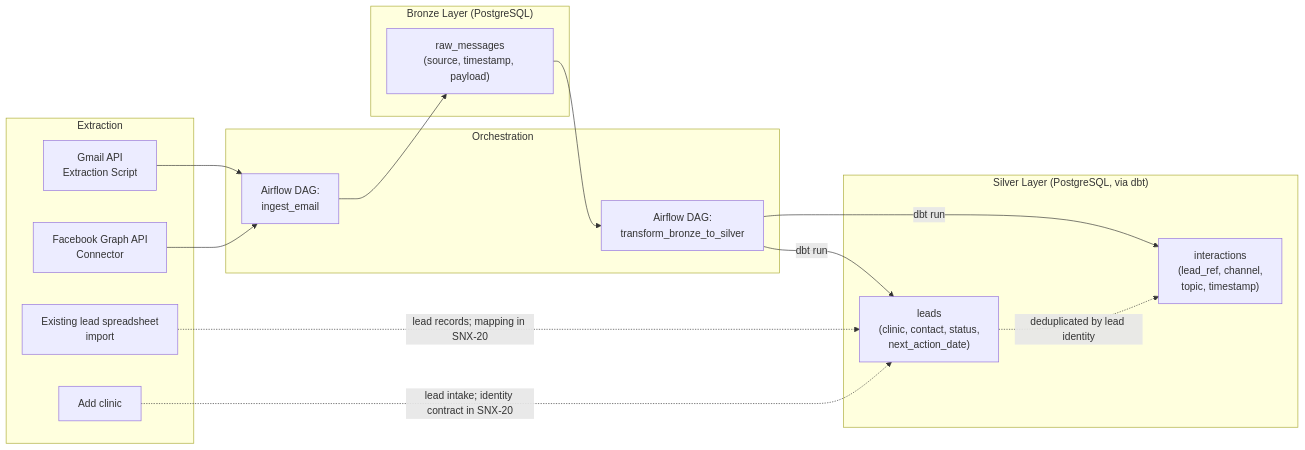
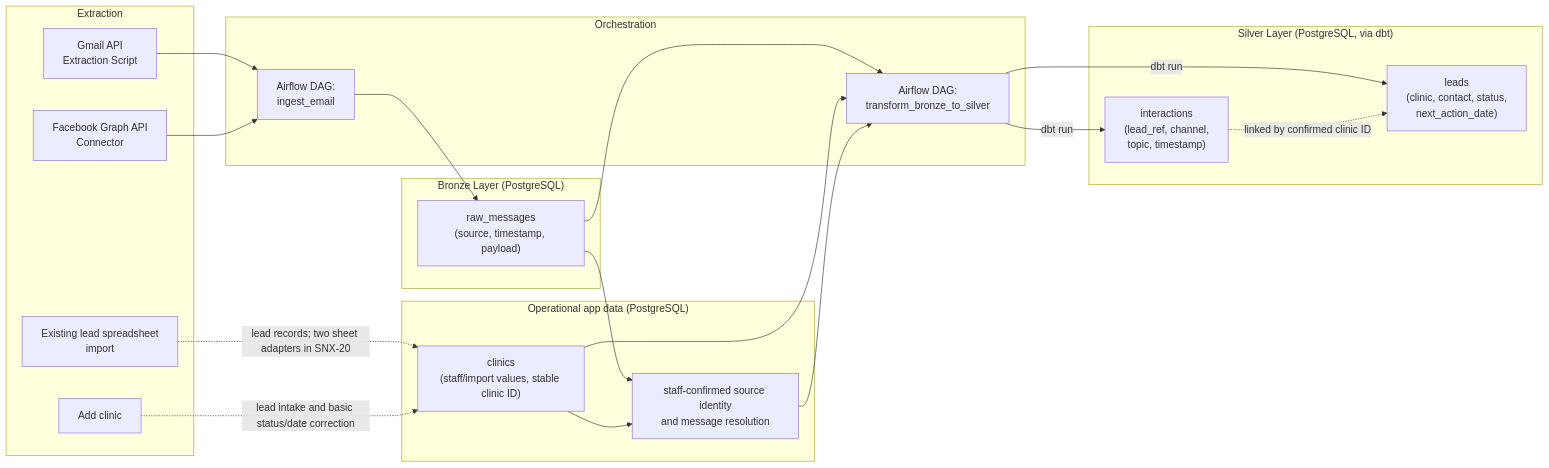
The third of 4 diagrams in docs/architecture.md (CMSC128-NexusWorks/SolNexus), drawn with Mermaid before and after one commit. The commit also changed other lines of this file and 5 other files, not shown here.

````diff
--- a/docs/architecture.md
+++ b/docs/architecture.md
@@ -185,32 +185,40 @@
 ```mermaid
 flowchart LR
     subgraph EXTRACT["Extraction"]
         E1["Gmail API\nExtraction Script"]
         E3["Facebook Graph API\nConnector"]
         E2["Existing lead spreadsheet\nimport"]
         E4["Add clinic"]
     end
 
     subgraph ORCH["Orchestration"]
         DAG1["Airflow DAG:\ningest_email"]
         DAG2["Airflow DAG:\ntransform_bronze_to_silver"]
     end
 
     subgraph BRONZE_L["Bronze Layer (PostgreSQL)"]
         RAW["raw_messages\n(source, timestamp, payload)"]
     end
+    subgraph APP_L["Operational app data (PostgreSQL)"]
+        CLINICS["clinics\n(staff/import values, stable clinic ID)"]
+        LINKS["staff-confirmed source identity\nand message resolution"]
+    end
 
     subgraph SILVER_L["Silver Layer (PostgreSQL, via dbt)"]
         LEADS["leads\n(clinic, contact, status,\nnext_action_date)"]
         INTER["interactions\n(lead_ref, channel,\ntopic, timestamp)"]
     end
 
     E1 --> DAG1 --> RAW
     E3 --> DAG1
-    E2 -. "lead records; mapping in SNX-20" .-> LEADS
-    E4 -. "lead intake; identity contract in SNX-20" .-> LEADS
+    E2 -. "lead records; two sheet adapters in SNX-20" .-> CLINICS
+    E4 -. "lead intake and basic status/date correction" .-> CLINICS
     RAW --> DAG2
+    CLINICS --> DAG2
+    LINKS --> DAG2
     DAG2 -- "dbt run" --> LEADS
     DAG2 -- "dbt run" --> INTER
-    LEADS -.->|deduplicated by lead identity| INTER
+    RAW --> LINKS
+    CLINICS --> LINKS
+    INTER -.->|linked by confirmed clinic ID| LEADS
 ```
````
